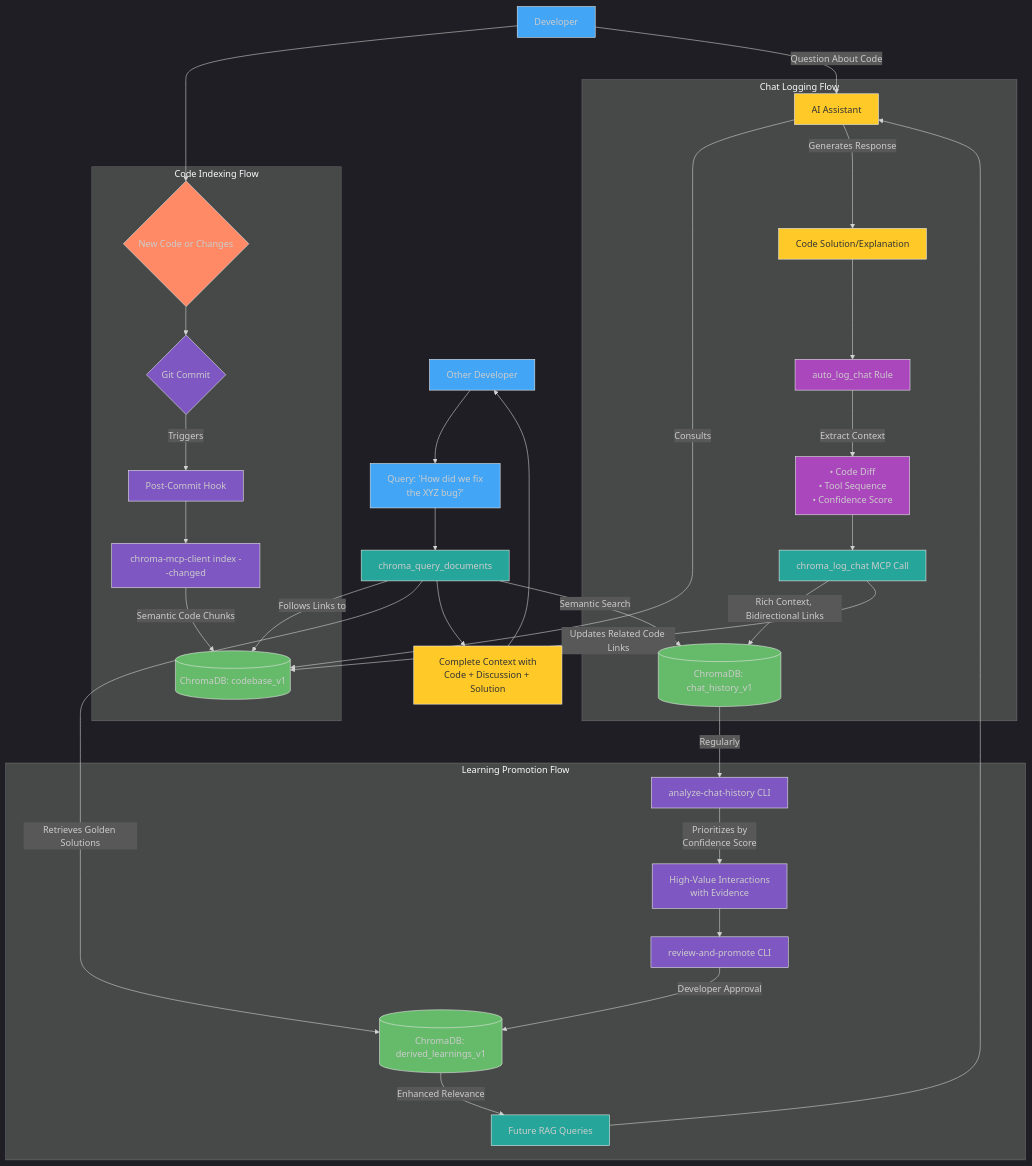
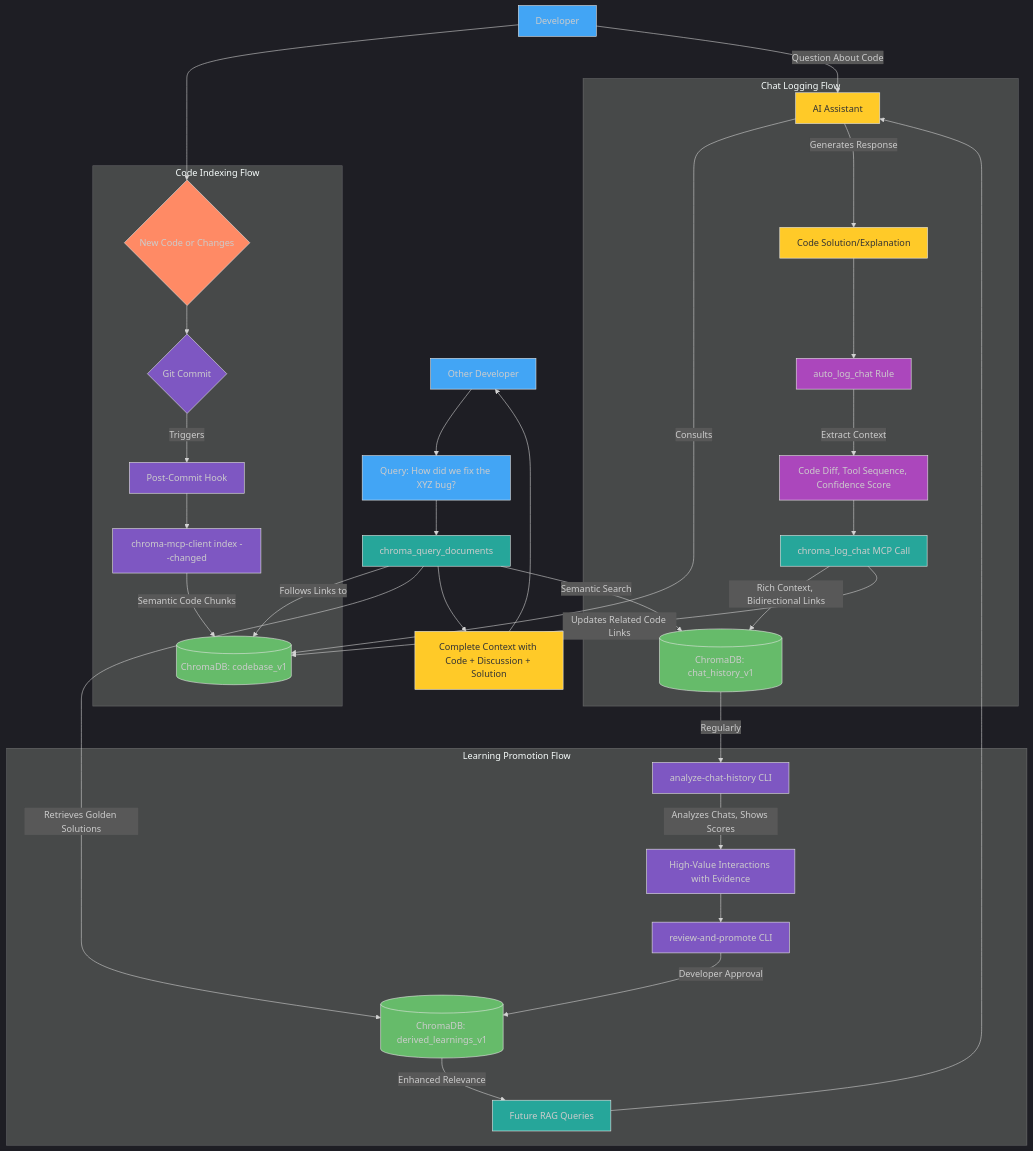
The fourth of 6 diagrams in docs/getting_started_second_brain.md (somebloke1/chroma_mcp_server), drawn with Mermaid before and after one commit. The commit also changed other lines of this file and 25 other files, not shown here.

````diff
--- a/docs/getting_started_second_brain.md
+++ b/docs/getting_started_second_brain.md
@@ -393,62 +407,62 @@
 ```mermaid
 %%{init: {'theme': 'dark'}}%%
 flowchart TD
     A[Developer] --> B{New Code or Changes}
     A -- "Question About Code" --> C[AI Assistant]
     
     subgraph "Code Indexing Flow"
         B --> D{Git Commit}
         D -- Triggers --> E[Post-Commit Hook]
         E --> F["chroma-mcp-client index --changed"]
         F -- "Semantic Code Chunks" --> G[(ChromaDB: codebase_v1)]
     end
     
     subgraph "Chat Logging Flow"
         C -- "Consults" --> G
         C -- "Generates Response" --> H[Code Solution/Explanation]
         H --> I[auto_log_chat Rule]
-        I -- "Extract Context" --> J["• Code Diff\n• Tool Sequence\n• Confidence Score"]
+        I -- "Extract Context" --> J["Code Diff, Tool Sequence, Confidence Score"]
         J --> K["chroma_log_chat MCP Call"]
         K -- "Rich Context, Bidirectional Links" --> L[(ChromaDB: chat_history_v1)]
         K -- "Updates Related Code Links" --> G
     end
     
     subgraph "Learning Promotion Flow"
         L -- "Regularly" --> M["analyze-chat-history CLI"]
-        M -- "Prioritizes by\nConfidence Score" --> N["High-Value Interactions\nwith Evidence"]
+        M -- "Analyzes Chats, Shows Scores" --> N["High-Value Interactions with Evidence"]
         N --> O["review-and-promote CLI"]
         O -- "Developer Approval" --> P[(ChromaDB: derived_learnings_v1)]
         P -- "Enhanced Relevance" --> Q["Future RAG Queries"]
         Q --> C
     end
     
-    R[Other Developer] --> S["Query: 'How did we fix\nthe XYZ bug?'"]
+    R[Other Developer] --> S["Query: How did we fix the XYZ bug?"]
     S --> T["chroma_query_documents"]
     T -- "Semantic Search" --> L
     T -- "Follows Links to" --> G
     T -- "Retrieves Golden Solutions" --> P
-    T --> U["Complete Context with\nCode + Discussion + Solution"]
+    T --> U["Complete Context with Code + Discussion + Solution"]
     U --> R
 
     style A fill:#42A5F5,stroke:#E6E6E6,stroke-width:1px
     style B fill:#FF8A65,stroke:#E6E6E6,stroke-width:1px
     style C fill:#FFCA28,stroke:#E6E6E6,stroke-width:1px,color:#333333
     style D fill:#7E57C2,stroke:#E6E6E6,stroke-width:1px
     style E fill:#7E57C2,stroke:#E6E6E6,stroke-width:1px
     style F fill:#7E57C2,stroke:#E6E6E6,stroke-width:1px
     style G fill:#66BB6A,stroke:#E6E6E6,stroke-width:1px
     style H fill:#FFCA28,stroke:#E6E6E6,stroke-width:1px,color:#333333
     style I fill:#AB47BC,stroke:#E6E6E6,stroke-width:1px
     style J fill:#AB47BC,stroke:#E6E6E6,stroke-width:1px
     style K fill:#26A69A,stroke:#E6E6E6,stroke-width:1px
     style L fill:#66BB6A,stroke:#E6E6E6,stroke-width:1px
     style M fill:#7E57C2,stroke:#E6E6E6,stroke-width:1px
     style N fill:#7E57C2,stroke:#E6E6E6,stroke-width:1px
     style O fill:#7E57C2,stroke:#E6E6E6,stroke-width:1px
     style P fill:#66BB6A,stroke:#E6E6E6,stroke-width:1px
     style Q fill:#26A69A,stroke:#E6E6E6,stroke-width:1px
     style R fill:#42A5F5,stroke:#E6E6E6,stroke-width:1px
     style S fill:#42A5F5,stroke:#E6E6E6,stroke-width:1px
     style T fill:#26A69A,stroke:#E6E6E6,stroke-width:1px
     style U fill:#FFCA28,stroke:#E6E6E6,stroke-width:1px,color:#333333
 ```
````
